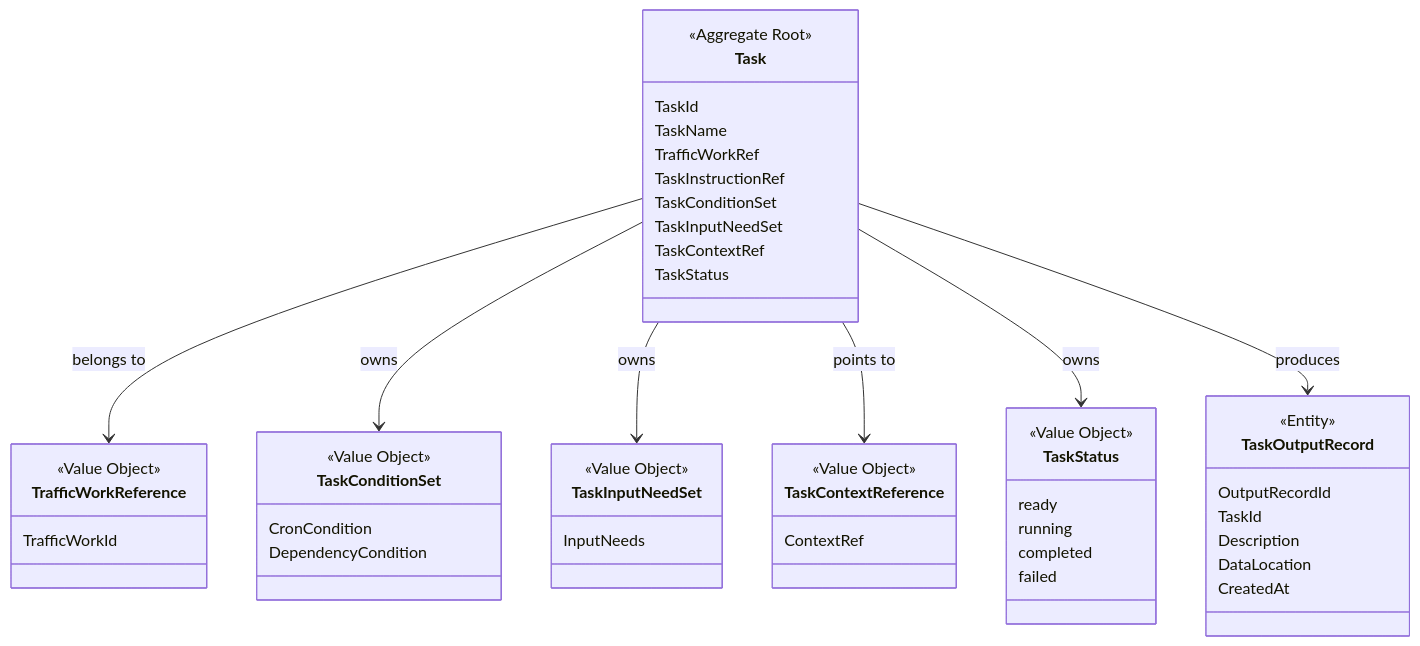
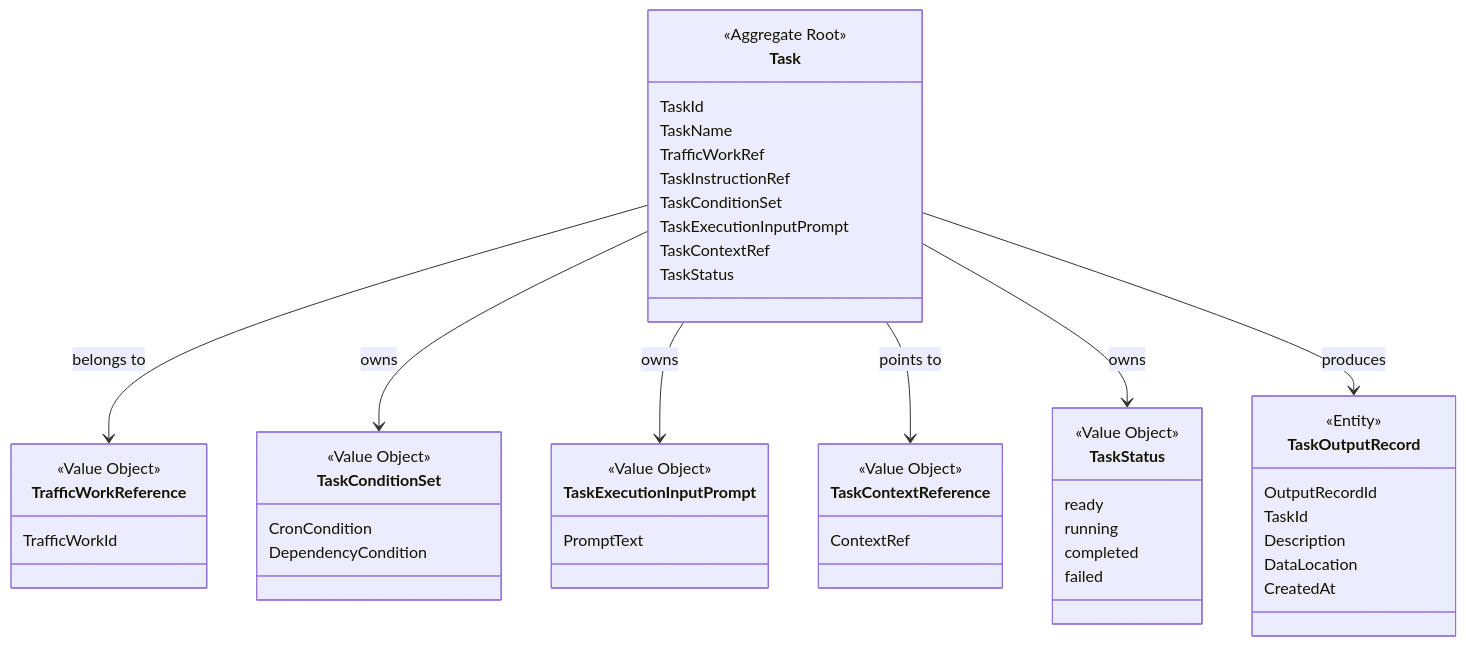
The first of 2 diagrams in docs/design/domain/Cybernomads任务领域设计文档.md (Time-Machine-Lab/CyberNomads), drawn with Mermaid before and after one commit. The commit also changed other lines of this file and 33 other files, not shown here.

First line of the commit message:
feat(task-input): redefine task input prompt contract and update related components

````diff
--- a/docs/design/domain/Cybernomads任务领域设计文档.md
+++ b/docs/design/domain/Cybernomads任务领域设计文档.md
@@ -51,59 +51,59 @@
 ```mermaid
 classDiagram
     class Task {
         <<Aggregate Root>>
         TaskId
         TaskName
         TrafficWorkRef
         TaskInstructionRef
         TaskConditionSet
-        TaskInputNeedSet
+        TaskExecutionInputPrompt
         TaskContextRef
         TaskStatus
     }
 
     class TrafficWorkReference {
         <<Value Object>>
         TrafficWorkId
     }
 
     class TaskConditionSet {
         <<Value Object>>
         CronCondition
         DependencyCondition
     }
 
-    class TaskInputNeedSet {
+    class TaskExecutionInputPrompt {
         <<Value Object>>
-        InputNeeds
+        PromptText
     }
 
     class TaskContextReference {
         <<Value Object>>
         ContextRef
     }
 
     class TaskStatus {
         <<Value Object>>
         ready
         running
         completed
         failed
     }
 
     class TaskOutputRecord {
         <<Entity>>
         OutputRecordId
         TaskId
         Description
         DataLocation
         CreatedAt
     }
 
     Task --> TrafficWorkReference : belongs to
     Task --> TaskConditionSet : owns
-    Task --> TaskInputNeedSet : owns
+    Task --> TaskExecutionInputPrompt : owns
     Task --> TaskContextReference : points to
     Task --> TaskStatus : owns
     Task --> TaskOutputRecord : produces
 ```
````
